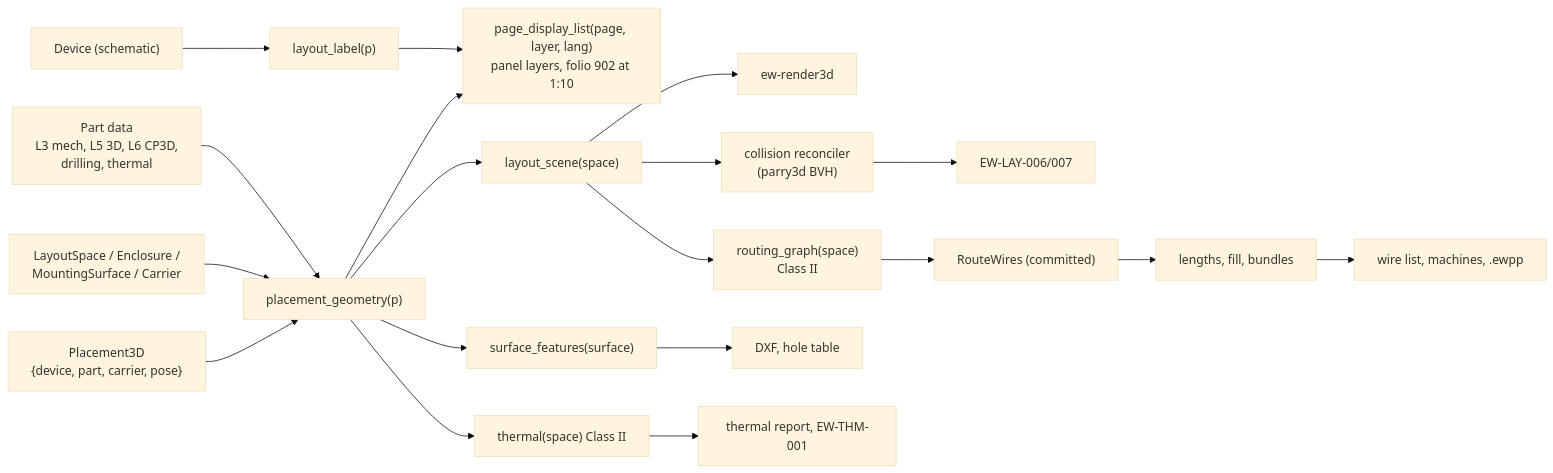
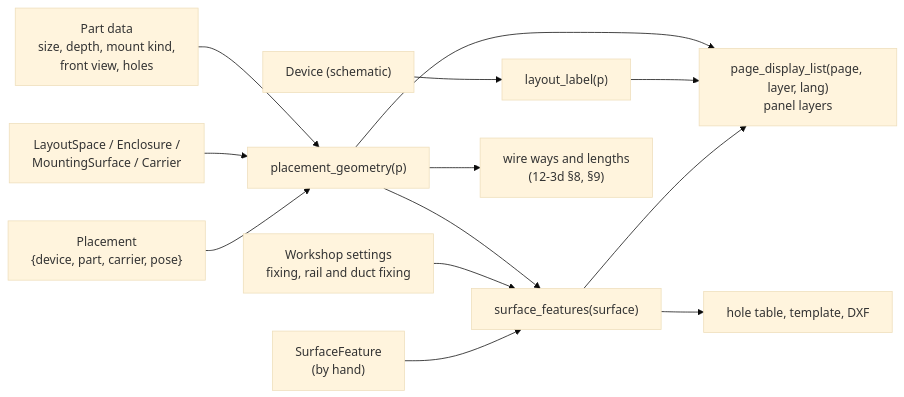
One commit to Ironkode787/ElektraWatt changed the diagram in docs/design/12-placement-pages.md. Above: the diagram before and after it, drawn with Mermaid (base theme). The commit also changed other lines of this file and 10 other files, not shown here.

````diff
--- a/docs/design/12-placement-pages.md
+++ b/docs/design/12-placement-pages.md
@@ -52,15 +52,15 @@
 ```mermaid
 flowchart LR
-  PART["Part data<br/>L3 mech, L5 3D, L6 CP3D,<br/>drilling, thermal"] --> GEO["placement_geometry(p)"]
+  PART["Part data<br/>size, depth, mount kind,<br/>front view, holes"] --> GEO["placement_geometry(p)"]
   LS["LayoutSpace / Enclosure /<br/>MountingSurface / Carrier"] --> GEO
-  PL["Placement3D<br/>{device, part, carrier, pose}"] --> GEO
+  PL["Placement<br/>{device, part, carrier, pose}"] --> GEO
   DEV["Device (schematic)"] --> LBL["layout_label(p)"]
-  GEO --> P2D["page_display_list(page, layer, lang)<br/>panel layers, folio 902 at 1:10"]
+  GEO --> P2D["page_display_list(page, layer, lang)<br/>panel layers"]
   LBL --> P2D
-  GEO --> SC["layout_scene(space)"] --> R3D["ew-render3d"]
-  SC --> REC["collision reconciler<br/>(parry3d BVH)"] --> L006["EW-LAY-006/007"]
-  SC --> RG["routing_graph(space)<br/>Class II"] --> RW["RouteWires (committed)"]
-  RW --> LEN["lengths, fill, bundles"] --> MFG["wire list, machines, .ewpp"]
-  GEO --> FEAT["surface_features(surface)"] --> DXF["DXF, hole table"]
-  GEO --> TH["thermal(space) Class II"] --> THR["thermal report, EW-THM-001"]
+  GEO --> FEAT["surface_features(surface)"]
+  WS["Workshop settings<br/>fixing, rail and duct fixing"] --> FEAT
+  SF["SurfaceFeature<br/>(by hand)"] --> FEAT
+  FEAT --> P2D
+  FEAT --> OUT["hole table, template, DXF"]
+  GEO --> RT["wire ways and lengths<br/>(12-3d §8, §9)"]
 ```
````
